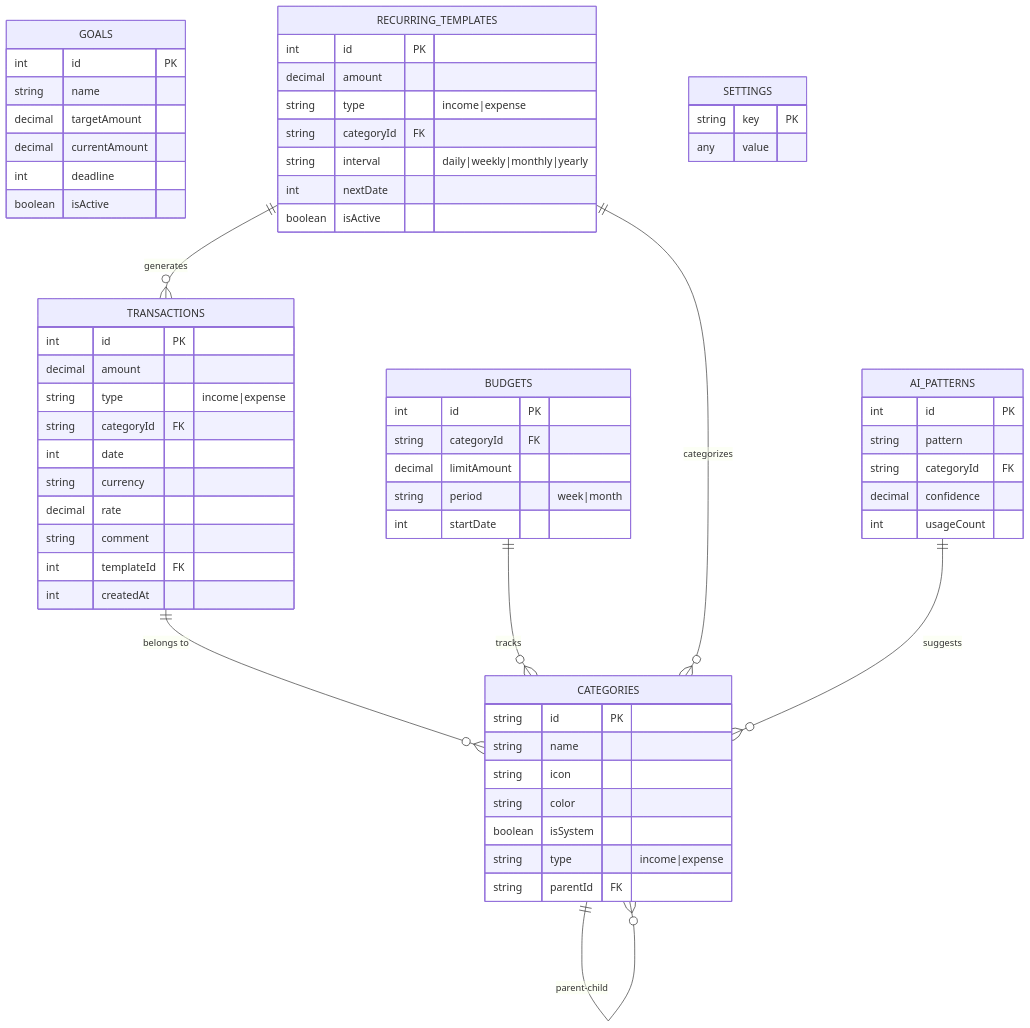
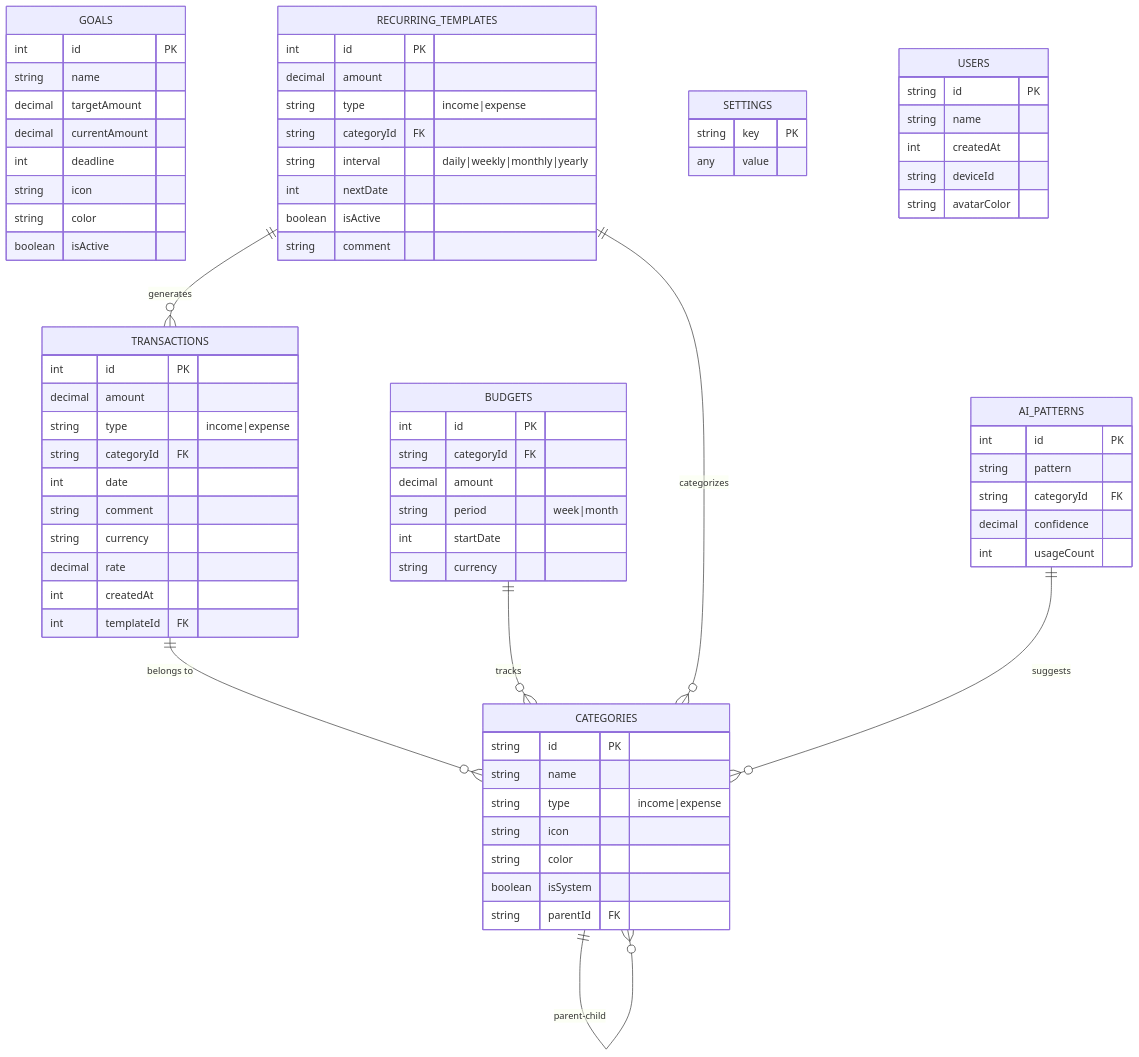
The diagram in DATABASE_SCHEMA.md (Shadovv-Government/Finly), drawn with Mermaid before and after one commit. The commit also changed other lines of this file and 6 other files, not shown here.

```diff
--- a/DATABASE_SCHEMA.md
+++ b/DATABASE_SCHEMA.md
@@ -12,29 +12,30 @@
         string type "income|expense"
         string categoryId FK
         int date
+        string comment
         string currency
         decimal rate
-        string comment
+        int createdAt
         int templateId FK
-        int createdAt
     }
 
     CATEGORIES {
         string id PK
         string name
+        string type "income|expense"
         string icon
         string color
         boolean isSystem
-        string type "income|expense"
         string parentId FK
     }
 
     BUDGETS {
         int id PK
         string categoryId FK
-        decimal limitAmount
+        decimal amount
         string period "week|month"
         int startDate
+        string currency
     }
 
     GOALS {
@@ -43,6 +44,8 @@
         decimal targetAmount
         decimal currentAmount
         int deadline
+        string icon
+        string color
         boolean isActive
     }
 
@@ -54,6 +57,7 @@
         string interval "daily|weekly|monthly|yearly"
         int nextDate
         boolean isActive
+        string comment
     }
 
     SETTINGS {
@@ -69,6 +73,14 @@
         int usageCount
     }
 
+    USERS {
+        string id PK
+        string name
+        int createdAt
+        string deviceId
+        string avatarColor
+    }
+
     TRANSACTIONS ||--o{ CATEGORIES : "belongs to"
     BUDGETS ||--o{ CATEGORIES : "tracks"
     RECURRING_TEMPLATES ||--o{ CATEGORIES : "categorizes"
```
